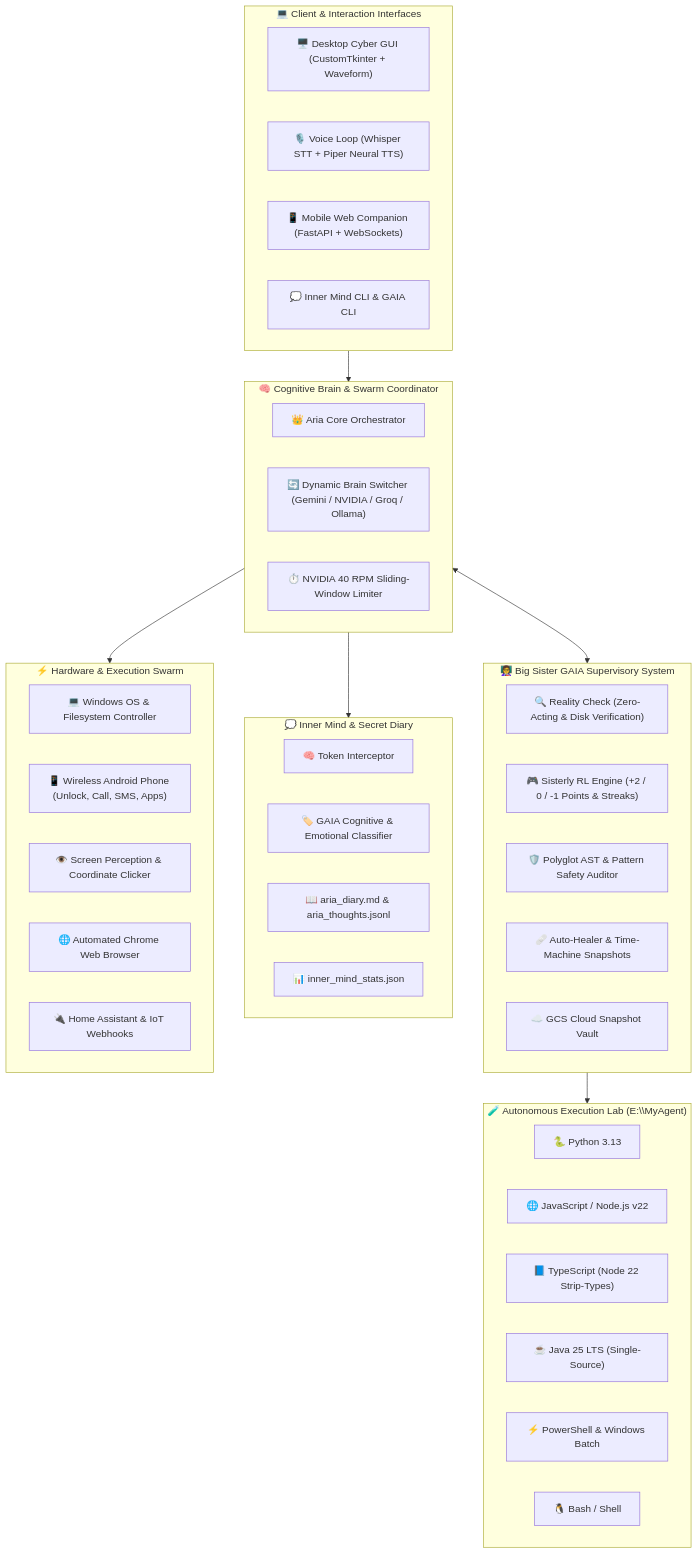
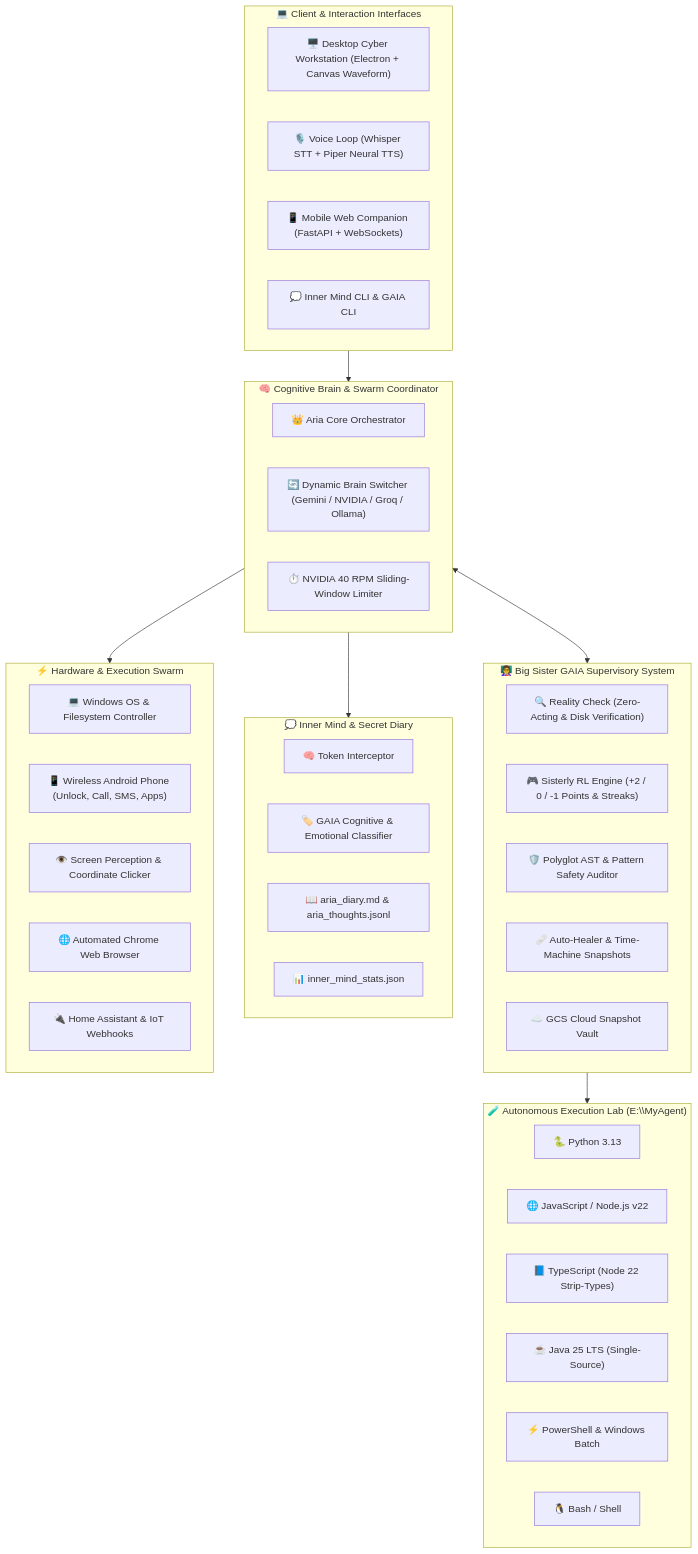
The diagram in README.md (Aviral445/ARIA), drawn with Mermaid before and after one commit. The commit also changed other lines of this file and 17 other files, not shown here.

First line of the commit message:
feat(gui): replace legacy Tkinter app with next-gen Electron cyber workstation

````diff
--- a/README.md
+++ b/README.md
@@ -42,53 +42,53 @@
 ```mermaid
 flowchart TB
     subgraph Interfaces ["💻 Client & Interaction Interfaces"]
-        GUI["🖥️ Desktop Cyber GUI (CustomTkinter + Waveform)"]
+        GUI["🖥️ Desktop Cyber Workstation (Electron + Canvas Waveform)"]
         Voice["🎙️ Voice Loop (Whisper STT + Piper Neural TTS)"]
         WebCompanion["📱 Mobile Web Companion (FastAPI + WebSockets)"]
         ThoughtCLI["💭 Inner Mind CLI & GAIA CLI"]
     end
 
     subgraph DualAgentBrain ["🧠 Cognitive Brain & Swarm Coordinator"]
         Orchestrator["👑 Aria Core Orchestrator"]
         BrainSwitcher["🔄 Dynamic Brain Switcher (Gemini / NVIDIA / Groq / Ollama)"]
         RateLimiter["⏱️ NVIDIA 40 RPM Sliding-Window Limiter"]
     end
 
     subgraph Supervision ["👩‍🏫 Big Sister GAIA Supervisory System"]
         RealityCheck["🔍 Reality Check (Zero-Acting & Disk Verification)"]
         RLGame["🎮 Sisterly RL Engine (+2 / 0 / -1 Points & Streaks)"]
         PolyglotSafety["🛡️ Polyglot AST & Pattern Safety Auditor"]
         Healer["🩹 Auto-Healer & Time-Machine Snapshots"]
         CloudVault["☁️ GCS Cloud Snapshot Vault"]
     end
 
     subgraph PolyglotLab ["🧪 Autonomous Execution Lab (E:\\MyAgent)"]
         PyRun["🐍 Python 3.13"]
         NodeRun["🌐 JavaScript / Node.js v22"]
         TSRun["📘 TypeScript (Node 22 Strip-Types)"]
         JavaRun["☕ Java 25 LTS (Single-Source)"]
         PSRun["⚡ PowerShell & Windows Batch"]
         BashRun["🐧 Bash / Shell"]
     end
 
     subgraph InnerMind ["💭 Inner Mind & Secret Diary"]
         Extractor["🧠 <think> Token Interceptor"]
         ThoughtAnalyzer["🏷️ GAIA Cognitive & Emotional Classifier"]
         Diary["📖 aria_diary.md & aria_thoughts.jsonl"]
         MindStats["📊 inner_mind_stats.json"]
     end
 
     subgraph DeviceSwarm ["⚡ Hardware & Execution Swarm"]
         WinOS["💻 Windows OS & Filesystem Controller"]
         AndroidADB["📱 Wireless Android Phone (Unlock, Call, SMS, Apps)"]
         ScreenVision["👁️ Screen Perception & Coordinate Clicker"]
         ChromeAuto["🌐 Automated Chrome Web Browser"]
         SmartHome["🔌 Home Assistant & IoT Webhooks"]
     end
 
     Interfaces --> DualAgentBrain
     DualAgentBrain <--> Supervision
     Supervision --> PolyglotLab
     DualAgentBrain --> InnerMind
     DualAgentBrain --> DeviceSwarm
 ```
````
